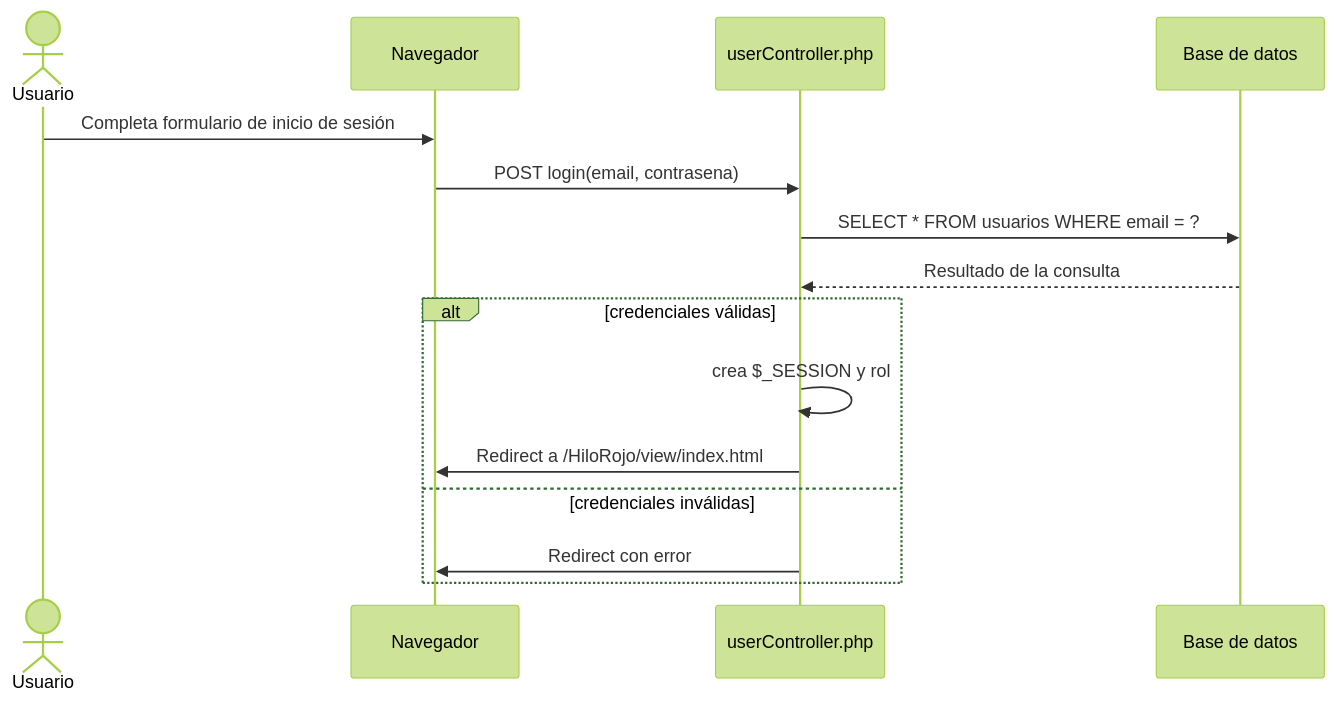
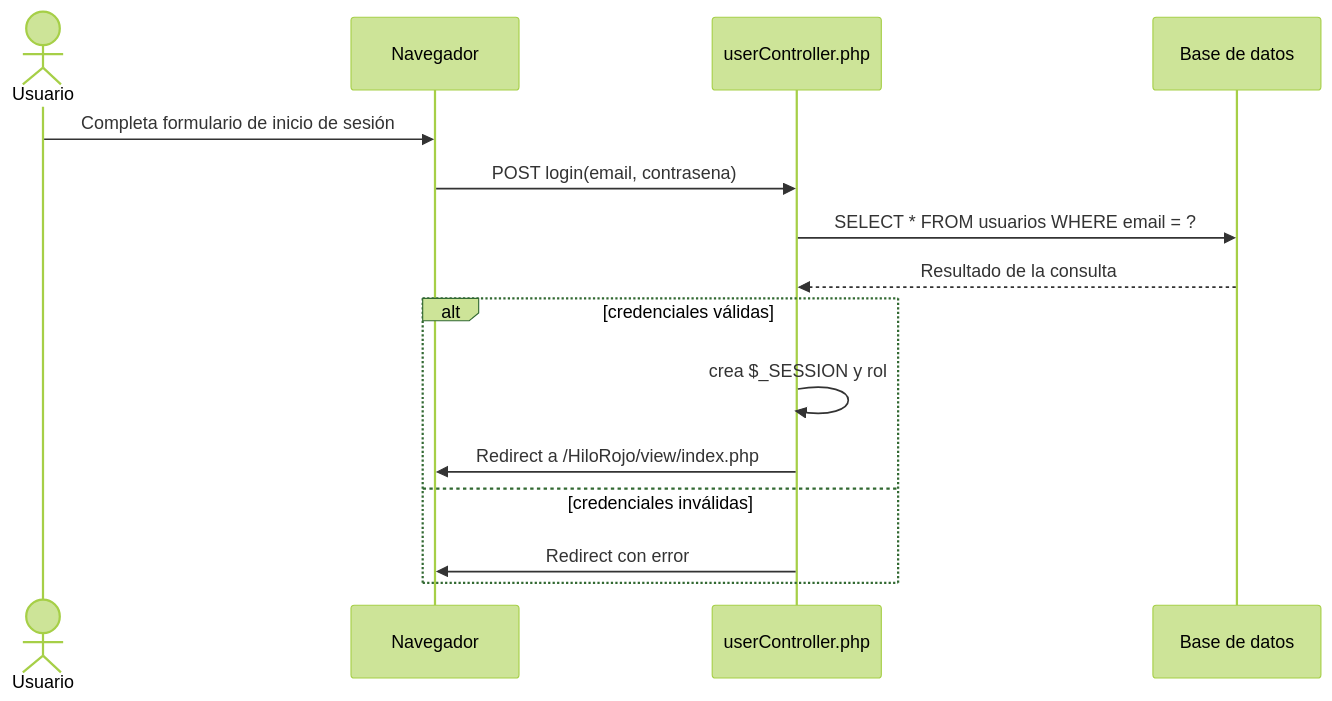
The third of 4 diagrams in README.md (BlancaPorcelAlonso/HiloRojo), drawn with Mermaid (forest theme) before and after one commit. The commit also changed other lines of this file and 18 other files, not shown here.

````diff
--- a/README.md
+++ b/README.md
@@ -74,18 +74,18 @@
 ```mermaid
 sequenceDiagram
     actor Usuario
     participant Navegador
     participant Servidor as userController.php
     participant DB as Base de datos
 
     Usuario->>Navegador: Completa formulario de inicio de sesión
     Navegador->>Servidor: POST login(email, contrasena)
     Servidor->>DB: SELECT * FROM usuarios WHERE email = ?
     DB-->>Servidor: Resultado de la consulta
     alt credenciales válidas
         Servidor->>Servidor: crea $_SESSION y rol
-        Servidor->>Navegador: Redirect a /HiloRojo/view/index.html
+        Servidor->>Navegador: Redirect a /HiloRojo/view/index.php
     else credenciales inválidas
         Servidor->>Navegador: Redirect con error
     end
 ```
````
